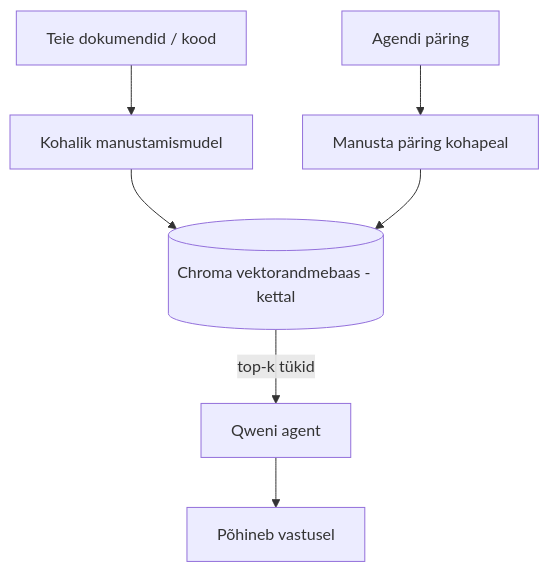
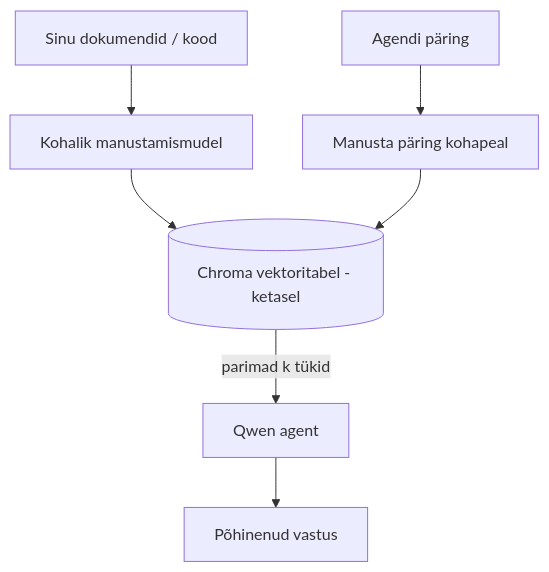
Before and after one commit to microsoft/ai-agents-for-beginners: the third of 4 diagrams in translations/et/17-creating-local-ai-agents/README.md, drawn with Mermaid. The commit also changed other lines of this file and 46 other files, not shown here.

````diff
--- a/translations/et/17-creating-local-ai-agents/README.md
+++ b/translations/et/17-creating-local-ai-agents/README.md
@@ -125,9 +125,9 @@
 ```mermaid
 flowchart TB
-    D[Teie dokumendid / kood] --> E[Kohalik manustamismudel]
-    E --> V[(Chroma vektorandmebaas - kettal)]
+    D[Sinu dokumendid / kood] --> E[Kohalik manustamismudel]
+    E --> V[(Chroma vektoritabel - ketasel)]
     Q[Agendi päring] --> QE[Manusta päring kohapeal]
     QE --> V
-    V -->|top-k tükid| A[Qweni agent]
-    A --> Ans[Põhineb vastusel]
+    V -->|parimad k tükid| A[Qwen agent]
+    A --> Ans[Põhinenud vastus]
 ```
````
